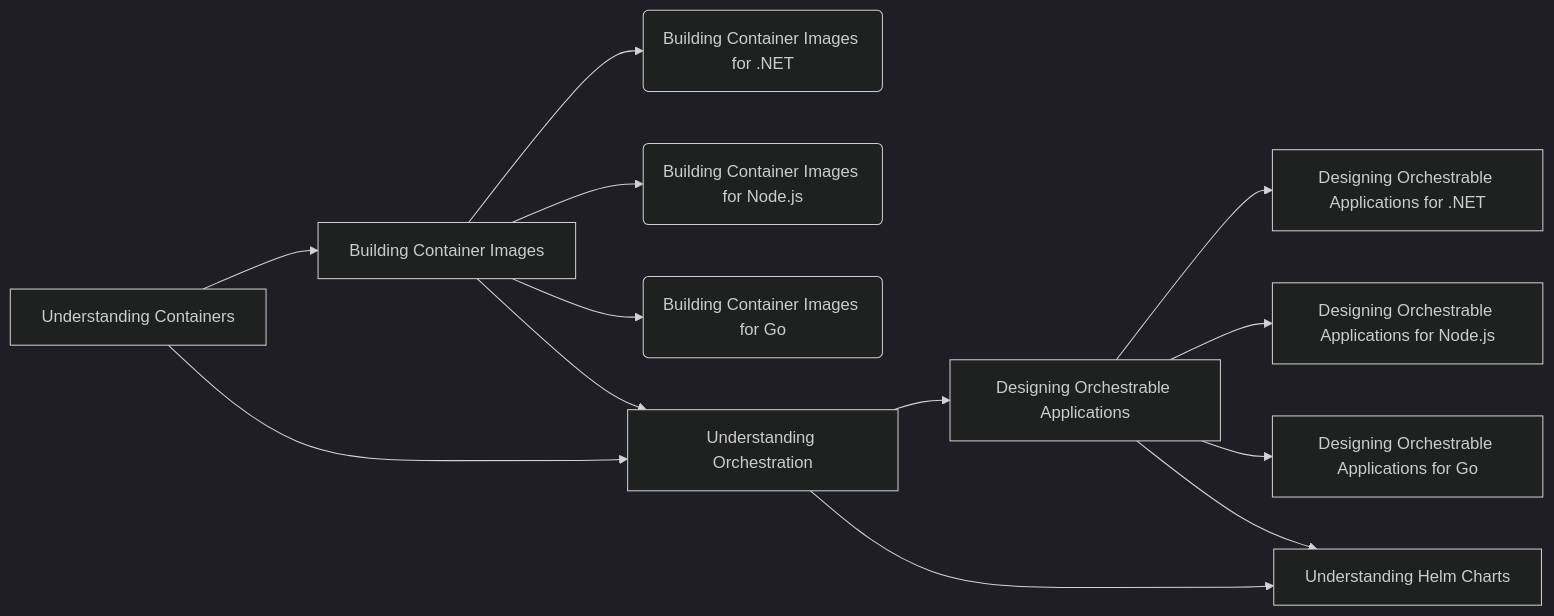
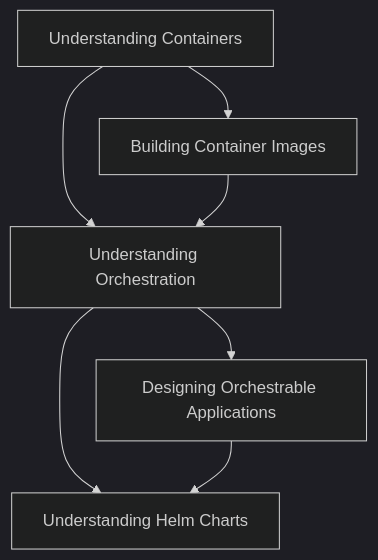
The diagram in content/services/individual-training/course-catalog/index.md (rajware/rajware.github.io), drawn with Mermaid (dark theme) before and after one commit. The commit also changed other lines of this file, not shown here.

````diff
--- a/content/services/individual-training/course-catalog/index.md
+++ b/content/services/individual-training/course-catalog/index.md
@@ -23,26 +11,14 @@
 ```mermaid
-flowchart LR
+flowchart TD
 C0[Understanding Containers]
 C1[Building Container Images]
-C1.1(Building Container Images for .NET)
-C1.2(Building Container Images for Node.js)
-C1.3(Building Container Images for Go)
 O0[Understanding Orchestration]
 O1[Designing Orchestrable Applications]
-O1.1[Designing Orchestrable Applications for .NET]
-O1.2[Designing Orchestrable Applications for Node.js]
-O1.3[Designing Orchestrable Applications for Go]
 C0 --> C1
-C1 --> C1.1
-C1 --> C1.2
-C1 --> C1.3
 O0 --> O1
-O1 --> O1.1
-O1 --> O1.2
-O1 --> O1.3
 H0[Understanding Helm Charts]
 C0 --> O0
 O0 --> H0
 C1 --> O0
 O1 --> H0
 ```
````
